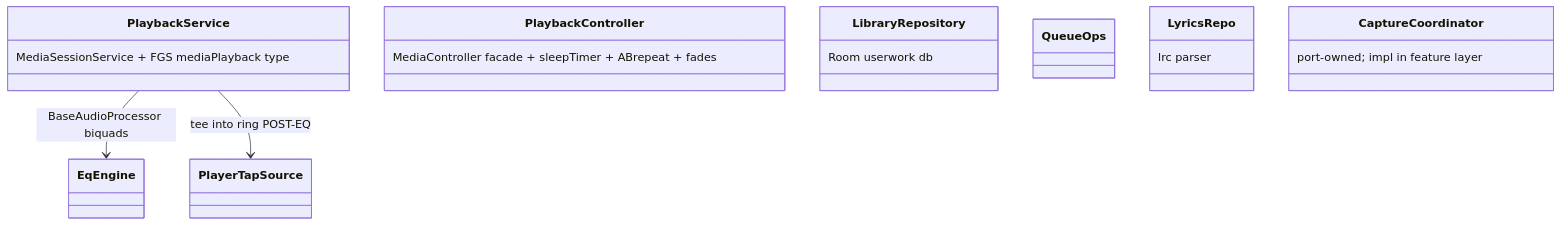
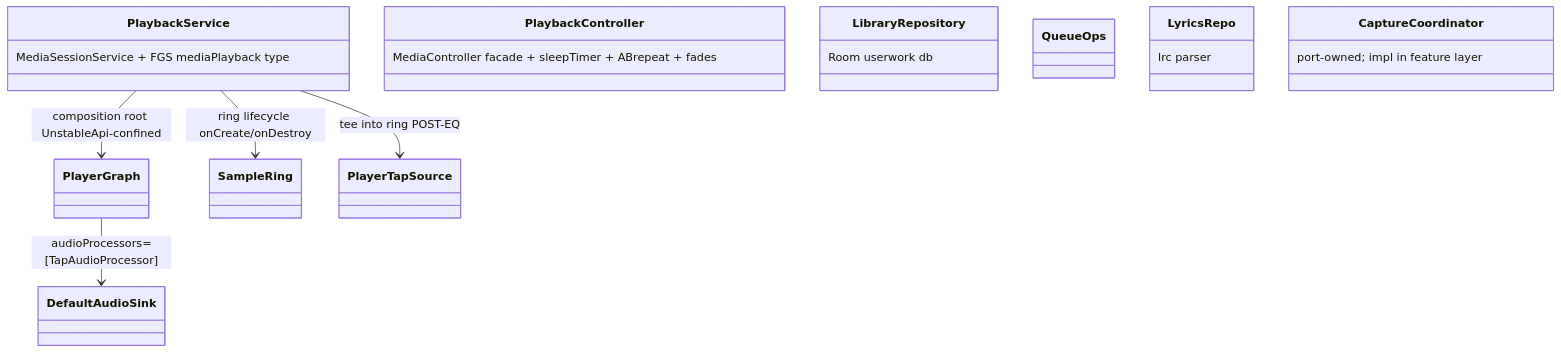
One commit to tessie1993/music-visualizer-2 changed the fifth of 7 diagrams in docs/ARCHITECTURE_BLUEPRINT.md. Above: the diagram before and after it, drawn with Mermaid. The commit also changed other lines of this file and 3 other files, not shown here.

Commit message:
fix(synesthesia): androidx @OptIn for Media3 lint (18 UnsafeOptInUsageError), missing imports, blueprint class diagrams updated (cartographer pass)

````diff
--- a/docs/ARCHITECTURE_BLUEPRINT.md
+++ b/docs/ARCHITECTURE_BLUEPRINT.md
@@ -103,11 +107,13 @@
 ```mermaid
 classDiagram
     class PlaybackService { MediaSessionService + FGS mediaPlayback type }
-    PlaybackService --> EqEngine : BaseAudioProcessor biquads
+    PlaybackService --> PlayerGraph : composition root UnstableApi-confined
+    PlayerGraph --> DefaultAudioSink : audioProcessors=[TapAudioProcessor]
+    PlaybackService --> SampleRing : ring lifecycle onCreate/onDestroy
     PlaybackService --> PlayerTapSource : tee into ring POST-EQ
     class PlaybackController { MediaController facade + sleepTimer + ABrepeat + fades }
     class LibraryRepository { Room userwork db }
     class QueueOps
     class LyricsRepo { lrc parser }
     class CaptureCoordinator { port-owned; impl in feature layer }
 ```
````
